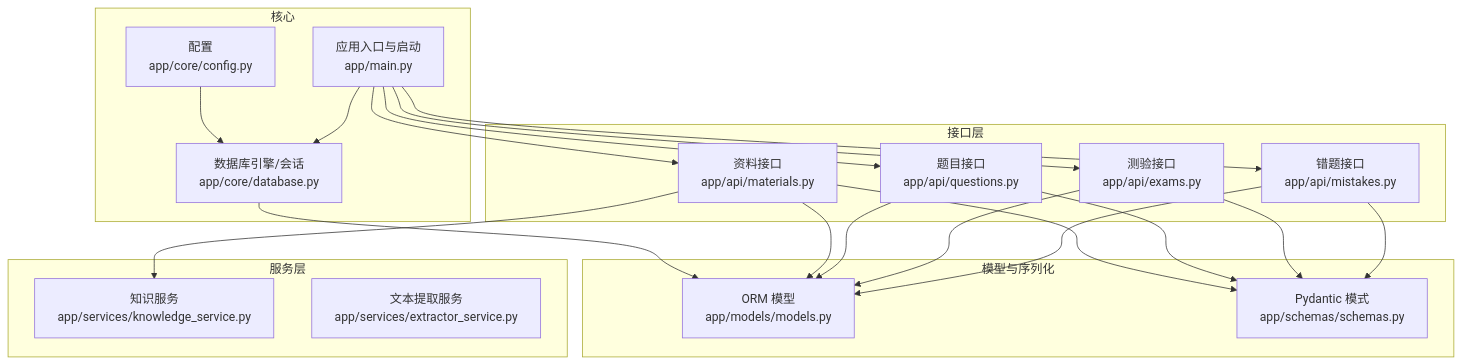
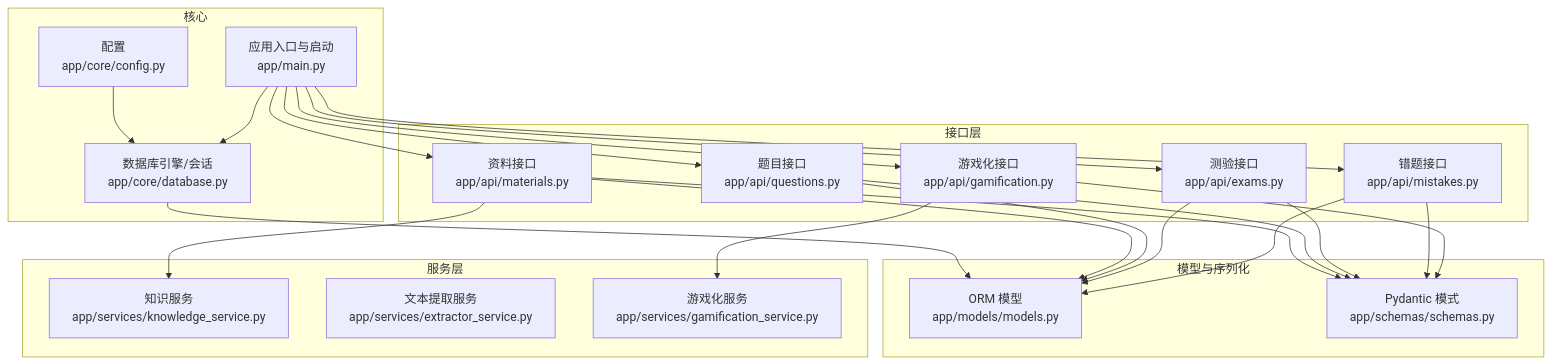
The first of 4 diagrams in .qoder/repowiki/zh/content/数据库设计/数据库设计.md (zhiwenli-jack/personal-learning-manager), drawn with Mermaid before and after one commit. The commit also changed other lines of this file and 20 other files, not shown here.

````diff
--- a/.qoder/repowiki/zh/content/数据库设计/数据库设计.md
+++ b/.qoder/repowiki/zh/content/数据库设计/数据库设计.md
@@ -38,38 +45,43 @@
 ```mermaid
 graph TB
 subgraph "核心"
 CFG["配置<br/>app/core/config.py"]
 DB["数据库引擎/会话<br/>app/core/database.py"]
 MAIN["应用入口与启动<br/>app/main.py"]
 end
 subgraph "模型与序列化"
 MODELS["ORM 模型<br/>app/models/models.py"]
 SCHEMAS["Pydantic 模式<br/>app/schemas/schemas.py"]
 end
 subgraph "接口层"
 MAT["资料接口<br/>app/api/materials.py"]
 QUES["题目接口<br/>app/api/questions.py"]
 EXAM["测验接口<br/>app/api/exams.py"]
 MIST["错题接口<br/>app/api/mistakes.py"]
+GAMIF["游戏化接口<br/>app/api/gamification.py"]
 end
 subgraph "服务层"
 KNS["知识服务<br/>app/services/knowledge_service.py"]
 EXT["文本提取服务<br/>app/services/extractor_service.py"]
+GS["游戏化服务<br/>app/services/gamification_service.py"]
 end
 CFG --> DB
 DB --> MODELS
 MAIN --> DB
 MAIN --> MAT
 MAIN --> QUES
 MAIN --> EXAM
 MAIN --> MIST
+MAIN --> GAMIF
 MAT --> KNS
 MAT --> MODELS
 QUES --> MODELS
 EXAM --> MODELS
 MIST --> MODELS
+GAMIF --> GS
 MAT --> SCHEMAS
 QUES --> SCHEMAS
 EXAM --> SCHEMAS
 MIST --> SCHEMAS
+GAMIF --> SCHEMAS
 ```
````
